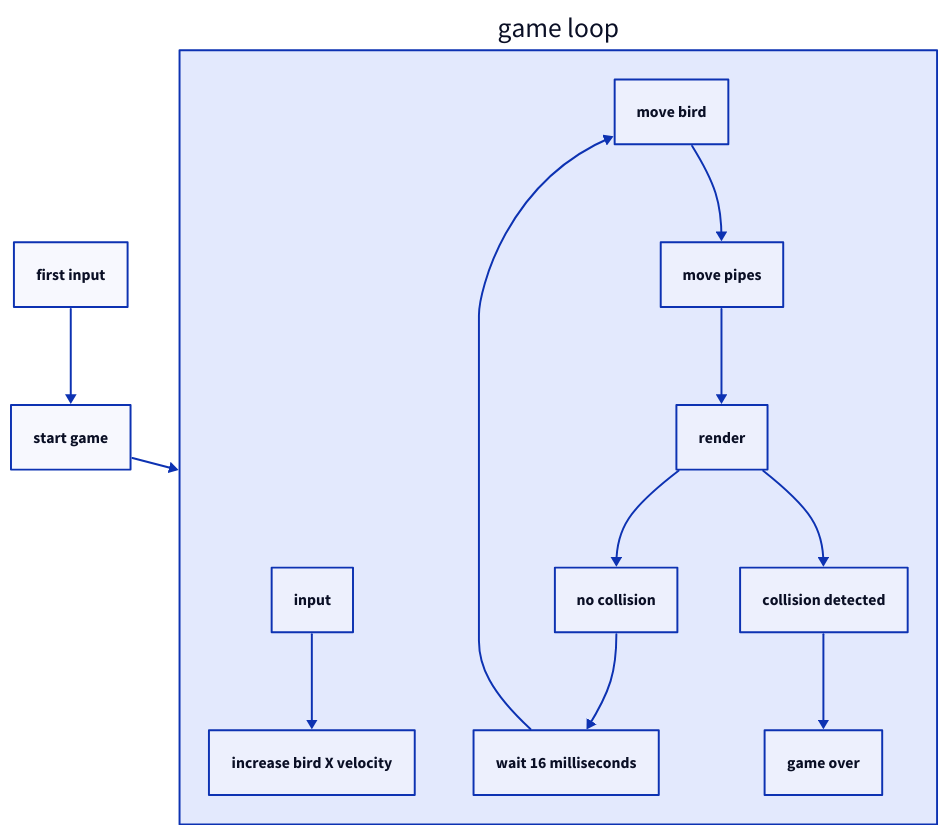
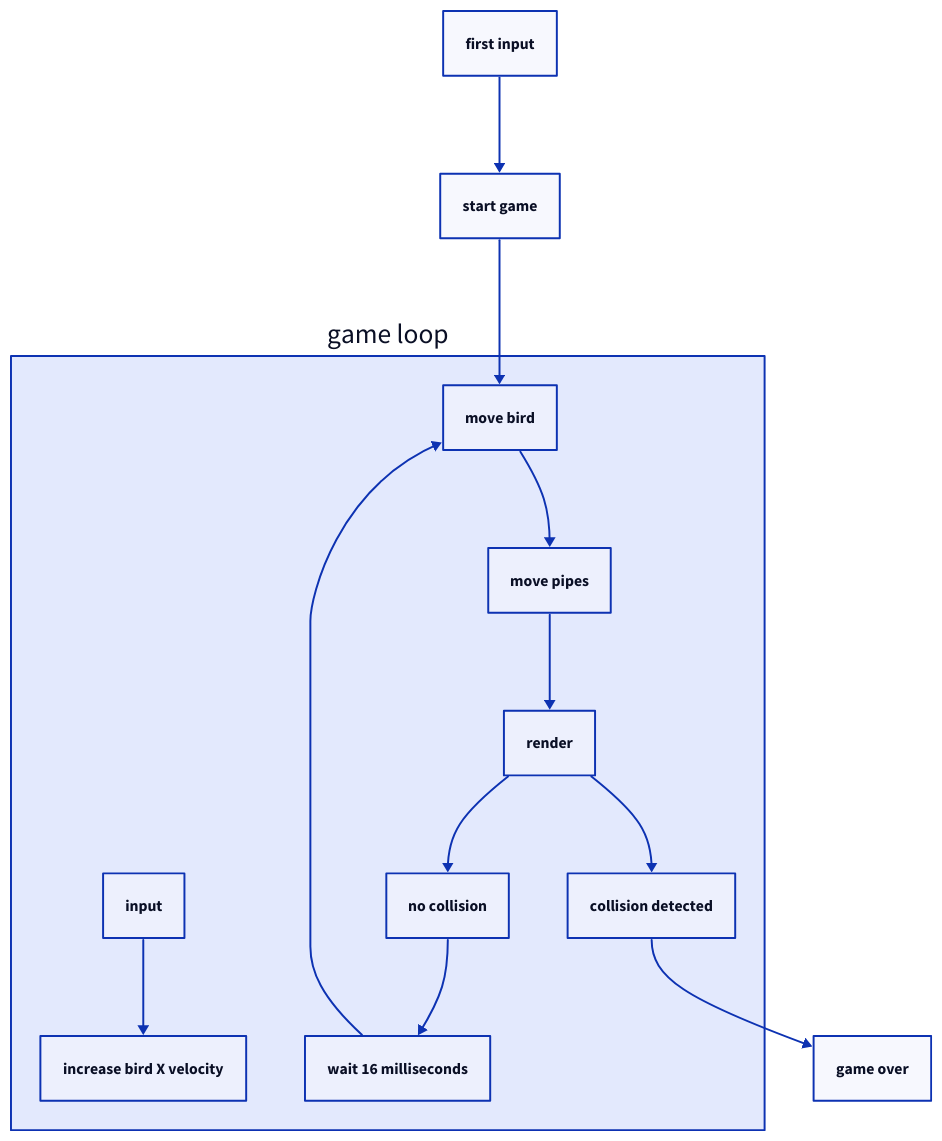
The diagram in pres/game-loop.d2 (nhooyr/flappybird), drawn with D2 before and after one commit. The commit also changed 3 other files, not shown here.

```diff
--- a/pres/game-loop.d2
+++ b/pres/game-loop.d2
@@ -1,13 +1,10 @@
-direction: down
-first input -> start game -> game loop
+first input -> start game -> game loop.move bird
 
 game loop: {
-  direction: down
   input -> increase bird X velocity
 
   move bird -> move pipes -> render
 
   render -> no collision -> wait 16 milliseconds -> move bird
-  render -> collision detected -> game over
-  # no collision.near: game loop.collision detected
+  render -> collision detected -> _.game over
 }
```
